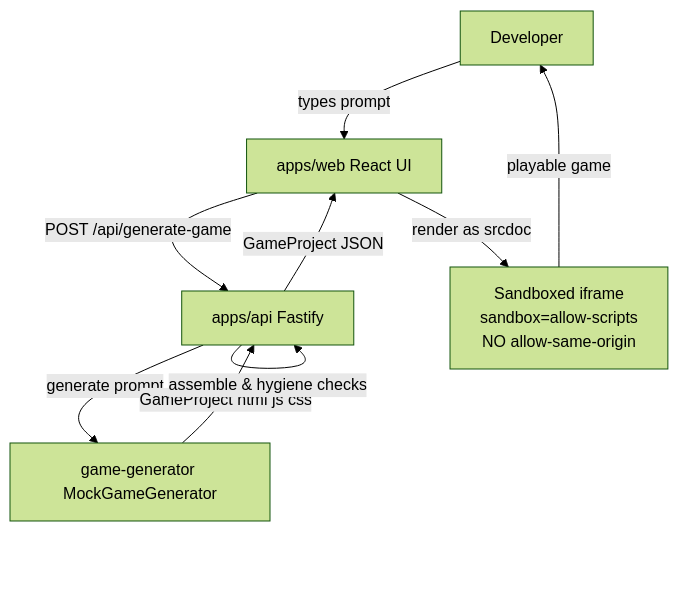
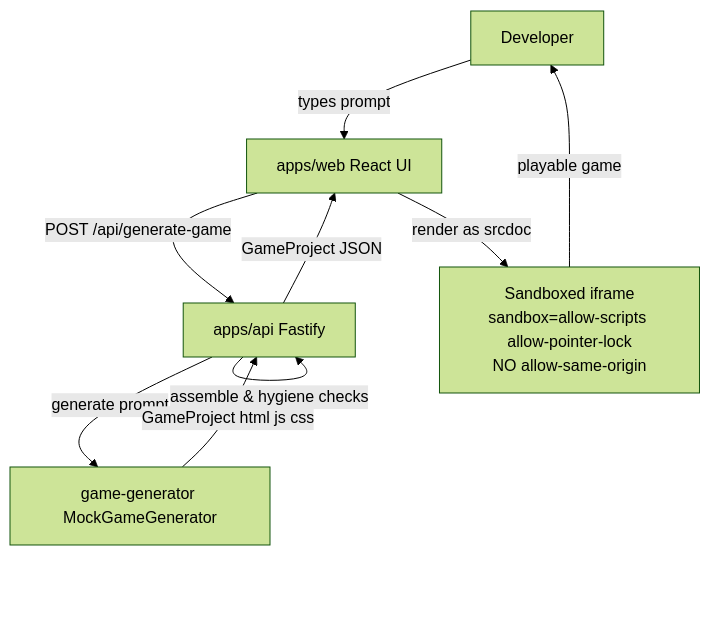
One commit to gamedevpl/www.gamedev.pl changed the first of 2 diagrams in docs/architecture.md. Above: the diagram before and after it, drawn with Mermaid (forest theme). The commit also changed other lines of this file and 21 other files, not shown here.

First line of the commit message:
Align sandbox copy and preview CSP with allow-pointer-lock

````diff
--- a/docs/architecture.md
+++ b/docs/architecture.md
@@ -70,11 +70,11 @@
 ```mermaid
 flowchart TD
     U[Developer] -->|types prompt| Web[apps/web React UI]
     Web -->|POST /api/generate-game| API[apps/api Fastify]
     API -->|generate prompt| Gen[game-generator MockGameGenerator]
     Gen -->|GameProject html js css| API
     API -->|assemble & hygiene checks| API
     API -->|GameProject JSON| Web
-    Web -->|render as srcdoc| IF["Sandboxed iframe<br/>sandbox=allow-scripts<br/>NO allow-same-origin"]
+    Web -->|render as srcdoc| IF["Sandboxed iframe<br/>sandbox=allow-scripts allow-pointer-lock<br/>NO allow-same-origin"]
     IF -->|playable game| U
 ```
````
